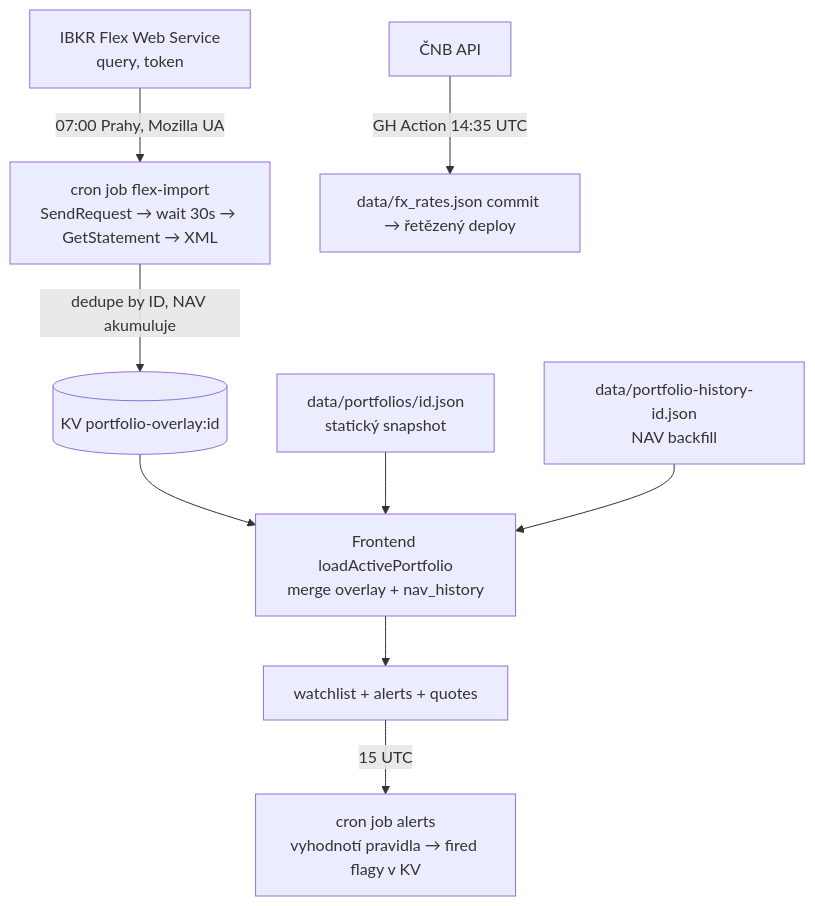
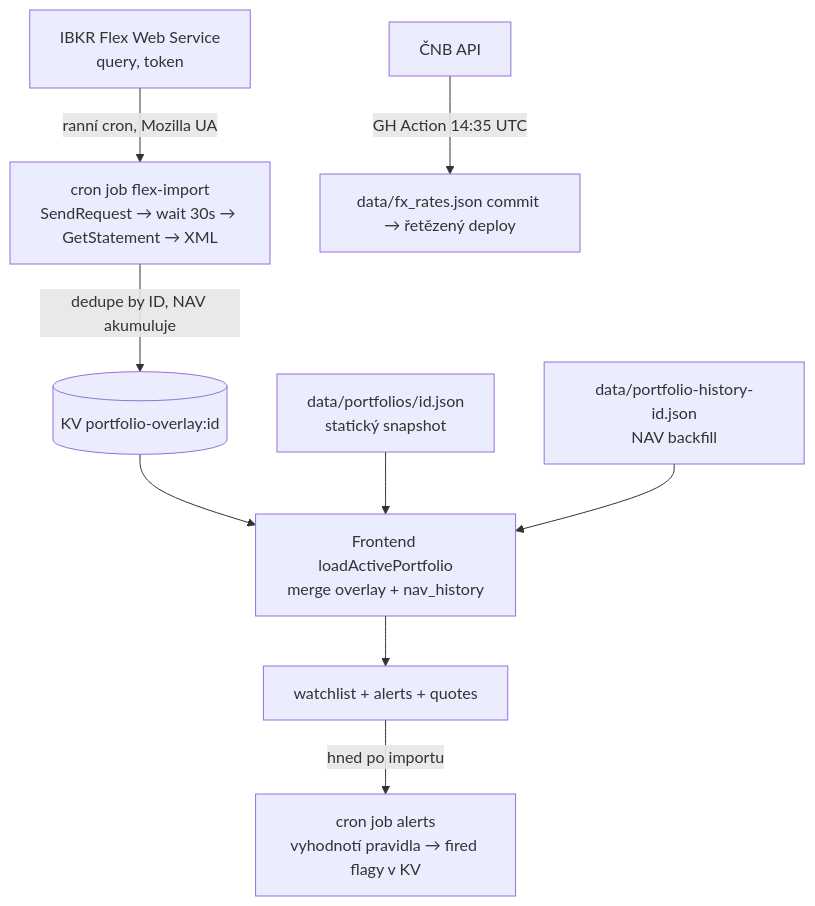
The diagram in CLAUDE.md (lpleskot/akcie-tracker), drawn with Mermaid before and after one commit. The commit also changed other lines of this file and 7 other files, not shown here.

First line of the commit message:
Simplify to single morning cron (import + alerts)

````diff
--- a/CLAUDE.md
+++ b/CLAUDE.md
@@ -103,11 +102,11 @@
 ```mermaid
 flowchart TD
-  IBKR[IBKR Flex Web Service<br/>query, token] -->|07:00 Prahy, Mozilla UA| FI[cron job flex-import<br/>SendRequest → wait 30s → GetStatement → XML]
+  IBKR[IBKR Flex Web Service<br/>query, token] -->|ranní cron, Mozilla UA| FI[cron job flex-import<br/>SendRequest → wait 30s → GetStatement → XML]
   FI -->|dedupe by ID, NAV akumuluje| KV[(KV portfolio-overlay:id)]
   KV --> FE[Frontend loadActivePortfolio<br/>merge overlay + nav_history]
   STATIC[data/portfolios/id.json<br/>statický snapshot] --> FE
   HIST[data/portfolio-history-id.json<br/>NAV backfill] --> FE
   CNB[ČNB API] -->|GH Action 14:35 UTC| FX[data/fx_rates.json commit → řetězený deploy]
   FE --> WL[watchlist + alerts + quotes]
-  WL -->|15 UTC| CRON[cron job alerts<br/>vyhodnotí pravidla → fired flagy v KV]
+  WL -->|hned po importu| CRON[cron job alerts<br/>vyhodnotí pravidla → fired flagy v KV]
 ```
````
